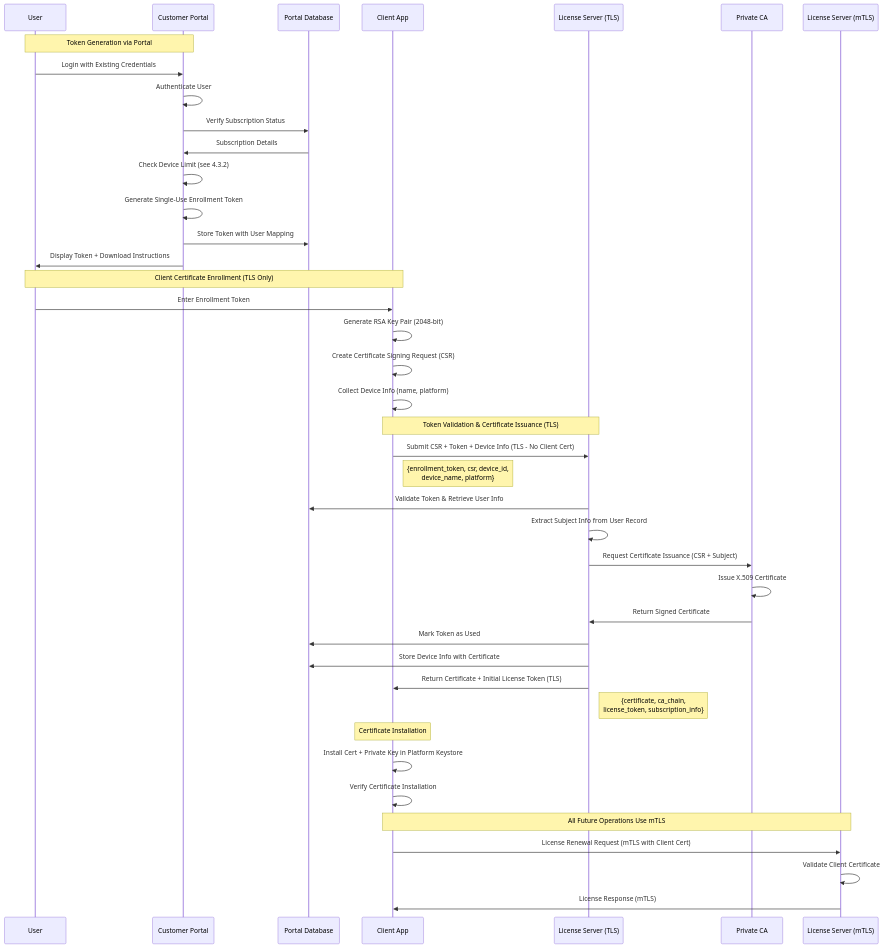
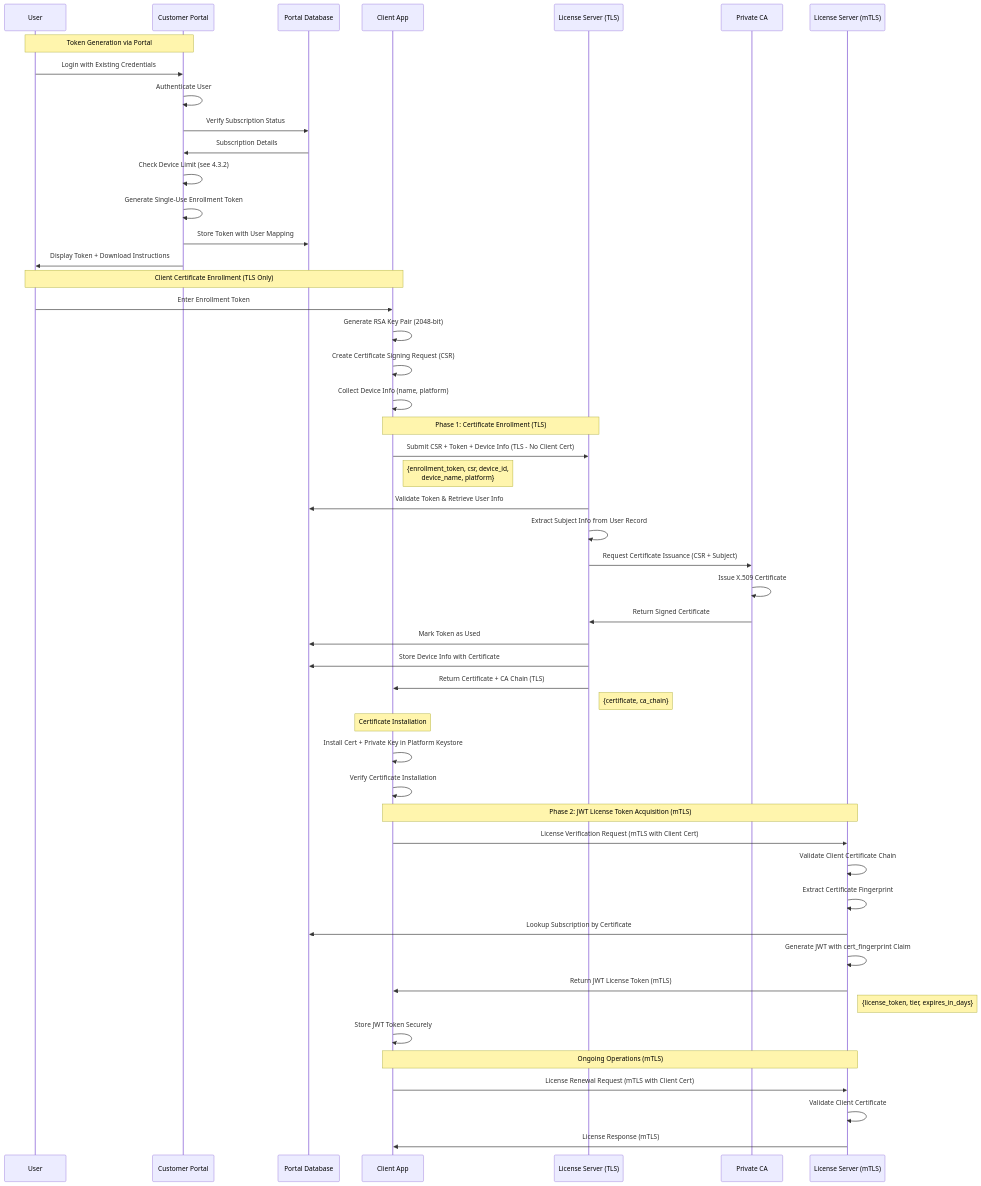
Before and after one commit to alanwhite/sub-lic-spec: the first of 7 diagrams in spec.md, drawn with Mermaid. The commit also changed other lines of this file and 35 other files, not shown here.

````diff
--- a/spec.md
+++ b/spec.md
@@ -396,48 +433,58 @@
 ```mermaid
 sequenceDiagram
     participant U as User
     participant P as Customer Portal
     participant DB as Portal Database
     participant C as Client App
     participant LS as License Server (TLS)
     participant CA as Private CA
     participant LSM as License Server (mTLS)
     
     Note over U,P: Token Generation via Portal
     U->>P: Login with Existing Credentials
     P->>P: Authenticate User
     P->>DB: Verify Subscription Status
     DB->>P: Subscription Details
     P->>P: Check Device Limit (see 4.3.2)
     P->>P: Generate Single-Use Enrollment Token
     P->>DB: Store Token with User Mapping
     P->>U: Display Token + Download Instructions
     
     Note over U,C: Client Certificate Enrollment (TLS Only)
     U->>C: Enter Enrollment Token
     C->>C: Generate RSA Key Pair (2048-bit)
     C->>C: Create Certificate Signing Request (CSR)
     C->>C: Collect Device Info (name, platform)
     
-    Note over C,LS: Token Validation & Certificate Issuance (TLS)
+    Note over C,LS: Phase 1: Certificate Enrollment (TLS)
     C->>LS: Submit CSR + Token + Device Info (TLS - No Client Cert)
     Note right of C: {enrollment_token, csr, device_id,<br/>device_name, platform}
     LS->>DB: Validate Token & Retrieve User Info
     LS->>LS: Extract Subject Info from User Record
     LS->>CA: Request Certificate Issuance (CSR + Subject)
     CA->>CA: Issue X.509 Certificate
     CA->>LS: Return Signed Certificate
     LS->>DB: Mark Token as Used
     LS->>DB: Store Device Info with Certificate
-    LS->>C: Return Certificate + Initial License Token (TLS)
-    Note right of LS: {certificate, ca_chain,<br/>license_token, subscription_info}
-    
+    LS->>C: Return Certificate + CA Chain (TLS)
+    Note right of LS: {certificate, ca_chain}
+
     Note over C: Certificate Installation
     C->>C: Install Cert + Private Key in Platform Keystore
     C->>C: Verify Certificate Installation
-    
-    Note over C,LSM: All Future Operations Use mTLS
+
+    Note over C,LSM: Phase 2: JWT License Token Acquisition (mTLS)
+    C->>LSM: License Verification Request (mTLS with Client Cert)
+    LSM->>LSM: Validate Client Certificate Chain
+    LSM->>LSM: Extract Certificate Fingerprint
+    LSM->>DB: Lookup Subscription by Certificate
+    LSM->>LSM: Generate JWT with cert_fingerprint Claim
+    LSM->>C: Return JWT License Token (mTLS)
+    Note right of LSM: {license_token, tier, expires_in_days}
+    C->>C: Store JWT Token Securely
+
+    Note over C,LSM: Ongoing Operations (mTLS)
     C->>LSM: License Renewal Request (mTLS with Client Cert)
     LSM->>LSM: Validate Client Certificate
     LSM->>C: License Response (mTLS)
 ```
````
